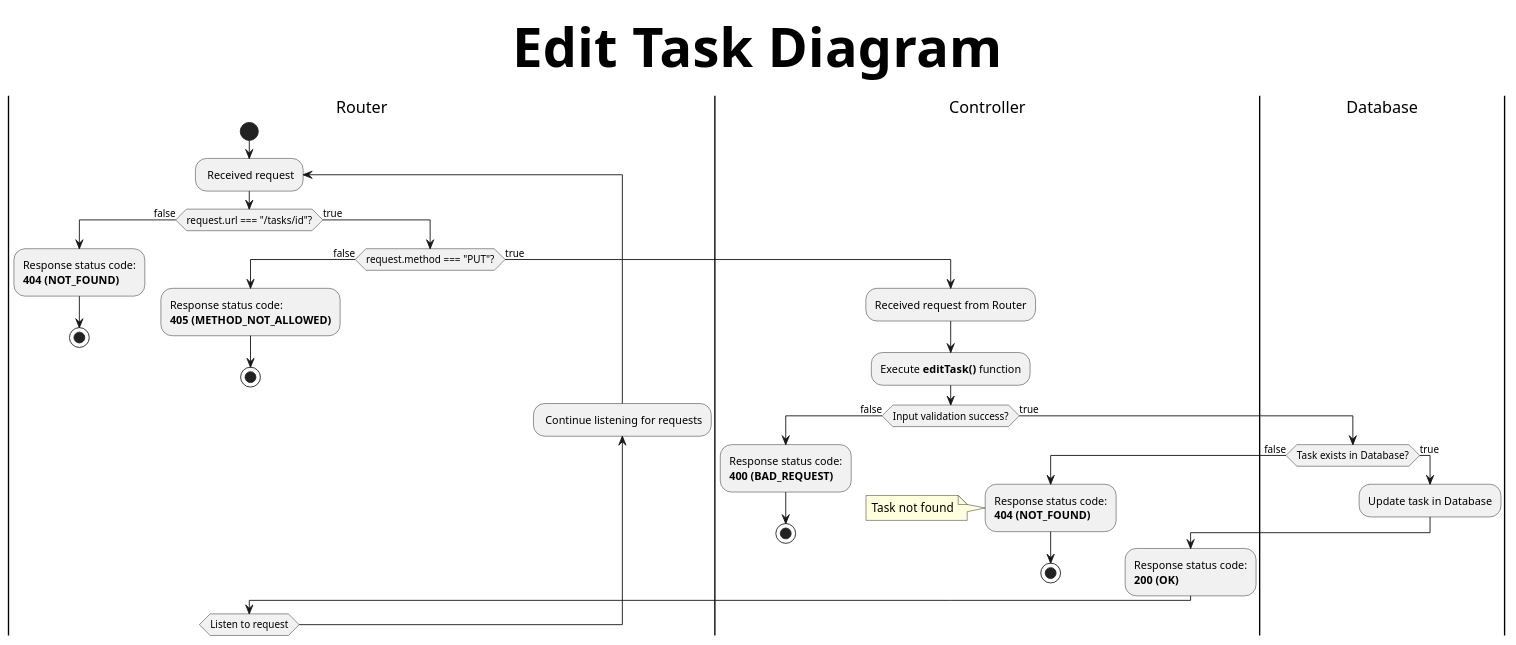
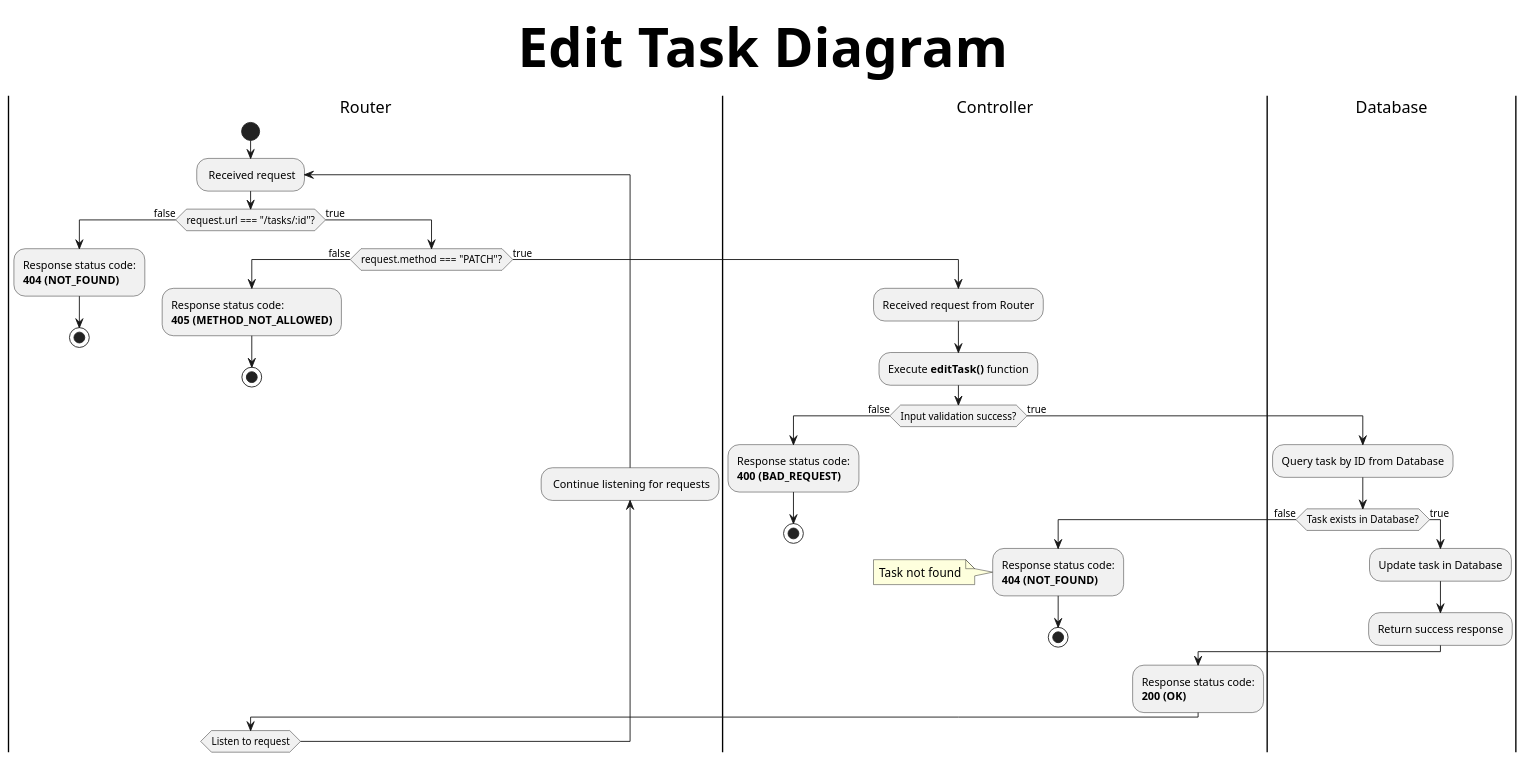
One commit to DoanLe2k1/TodoApp-API changed the diagram in diagrams/taskDiagrams/editTaskDiagram.pu. Above: the diagram before and after it, drawn with PlantUML. The commit also changed 10 other files, not shown here.

First line of the commit message:
Update: taskDiagrams & userDiagrams

```diff
--- a/diagrams/taskDiagrams/editTaskDiagram.pu
+++ b/diagrams/taskDiagrams/editTaskDiagram.pu
@@ -1,49 +1,52 @@
 @startuml
 title Edit Task Diagram
 skinparam titleFontSize 60
 |Router|
 start
 repeat: Received request
 
-if (request.url === "/tasks/id"?) then (false)
+if (request.url === "/tasks/:id"?) then (false)
     :Response status code:
     **404 (NOT_FOUND)**;
     stop
 else (true)
-    if (request.method === "PUT"?) then (false)
+    if (request.method === "PATCH"?) then (false)
         :Response status code:
         **405 (METHOD_NOT_ALLOWED)**;
         stop
     else (true)
         |Controller|
         :Received request from Router;
         :Execute **editTask()** function;
 
         if (Input validation success?) then (false)
             :Response status code:
             **400 (BAD_REQUEST)**;
             'Validation failed
             stop
         else (true)
             |Database|
+            :Query task by ID from Database;
             if (Task exists in Database?) then (false)
                 |Controller|
                 :Response status code:
                 **404 (NOT_FOUND)**;
                 note left: Task not found
                 stop
             else (true)
                 |Database|
                 :Update task in Database;
+                :Return success response;
+                
                 |Controller|
                 :Response status code:
                 **200 (OK)**;
             endif
         endif
     endif
 endif
 
 |Router|
 backward: Continue listening for requests;
 repeat while (Listen to request)
 @enduml
```
